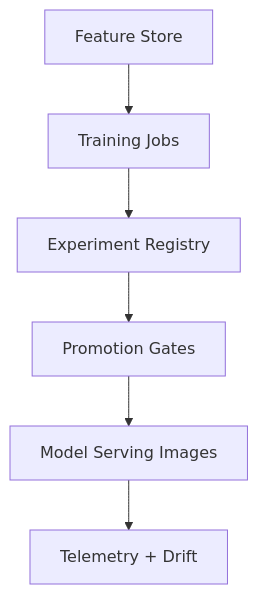
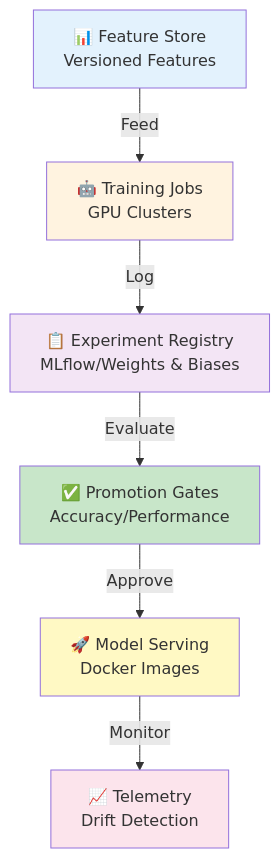
One commit to samueljackson-collab/Samueljackson-collab changed the seventh of 28 diagrams in README.md. Above: the diagram before and after it, drawn with Mermaid. The commit also changed other lines of this file, not shown here.

Commit message:
Enhanced all diagrams with detailed labels, icons, and styling

````diff
--- a/README.md
+++ b/README.md
@@ -293,8 +332,15 @@
 ```mermaid
 flowchart TD
-  Data[Feature Store] --> Train[Training Jobs]
-  Train --> Track[Experiment Registry]
-  Track --> Gate[Promotion Gates]
-  Gate --> Serve[Model Serving Images]
-  Serve --> Telemetry[Telemetry + Drift]
+  Data[📊 Feature Store<br/>Versioned Features] -->|Feed| Train[🤖 Training Jobs<br/>GPU Clusters]
+  Train -->|Log| Track[📋 Experiment Registry<br/>MLflow/Weights & Biases]
+  Track -->|Evaluate| Gate[✅ Promotion Gates<br/>Accuracy/Performance]
+  Gate -->|Approve| Serve[🚀 Model Serving<br/>Docker Images]
+  Serve -->|Monitor| Telemetry[📈 Telemetry<br/>Drift Detection]
+  
+  style Data fill:#e3f2fd
+  style Train fill:#fff3e0
+  style Track fill:#f3e5f5
+  style Gate fill:#c8e6c9
+  style Serve fill:#fff9c4
+  style Telemetry fill:#fce4ec
 ```
````
